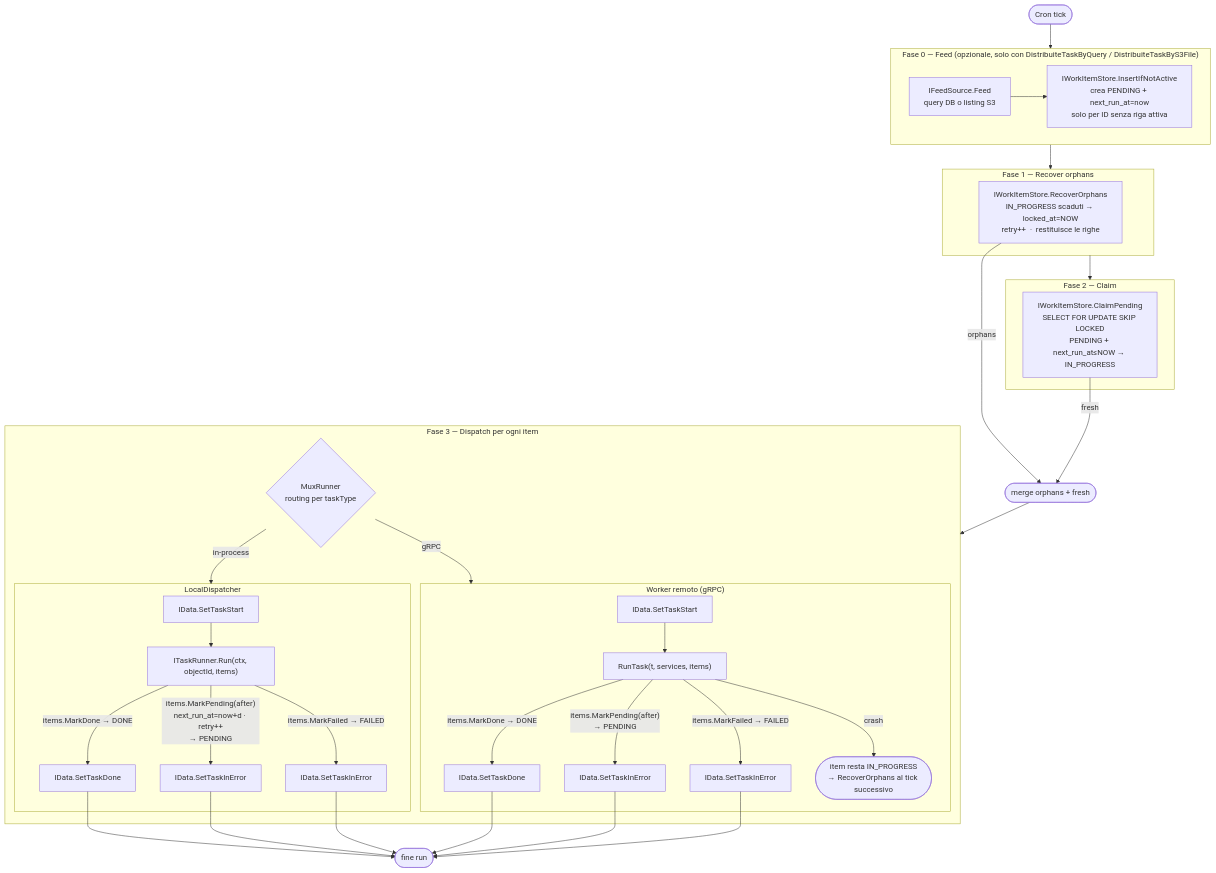
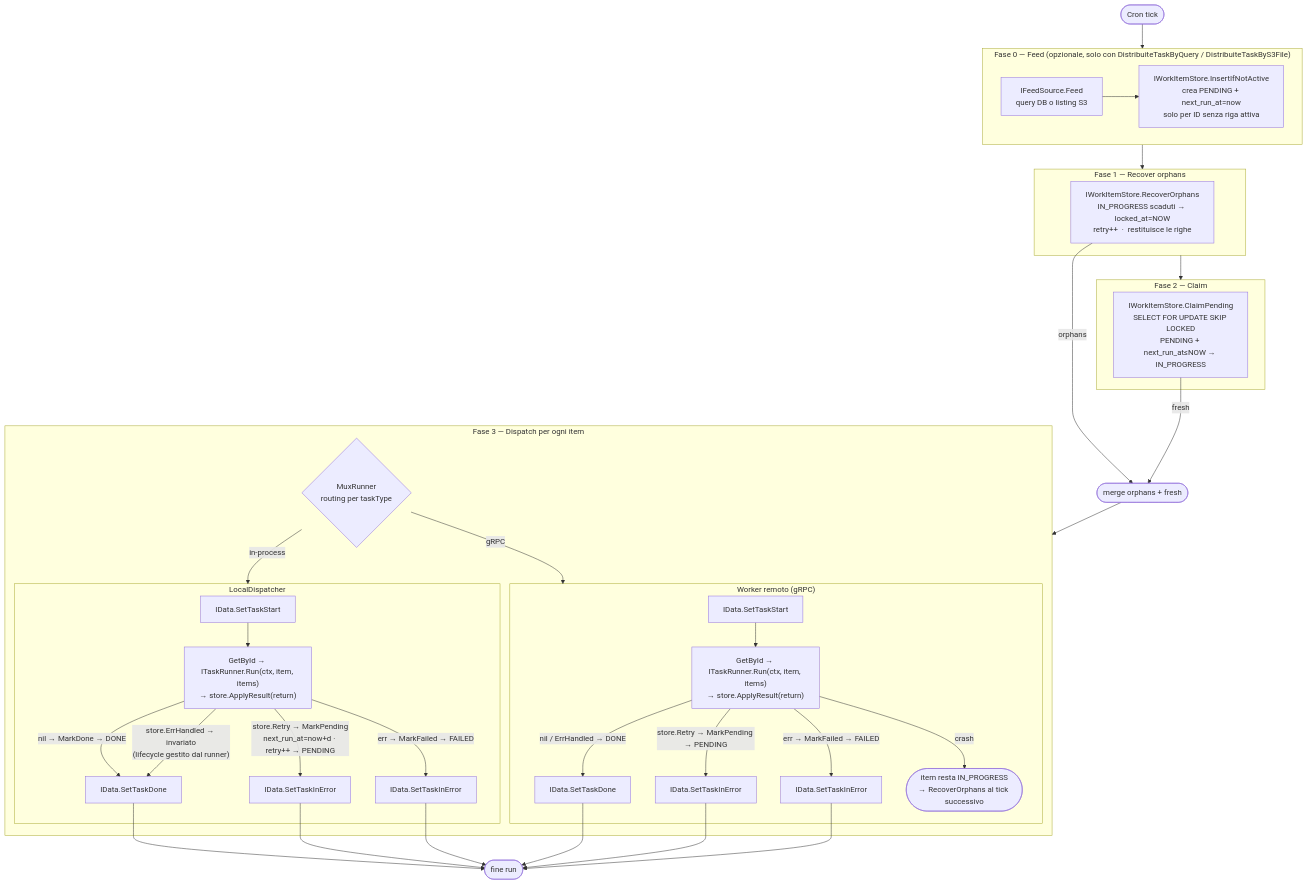
The second of 3 diagrams in README.md (GPA-Gruppo-Progetti-Avanzati-SRL/go-core-batch), drawn with Mermaid before and after one commit. The commit also changed other lines of this file and 6 other files, not shown here.

First line of the commit message:
Unify runner interface across simplejob and distributedjob with shared lifecycle convention

````diff
--- a/README.md
+++ b/README.md
@@ -11,47 +31,48 @@
 ```mermaid
 flowchart TD
     CRON([Cron tick]) --> FEED
 
     subgraph FEED["Fase 0 — Feed (opzionale, solo con DistribuiteTaskByQuery / DistribuiteTaskByS3File)"]
         QS[IFeedSource.Feed\nquery DB o listing S3] --> IINA["IWorkItemStore.InsertIfNotActive\ncrea PENDING + next_run_at=now\nsolo per ID senza riga attiva"]
     end
 
     FEED --> ORPHAN
 
     subgraph ORPHAN["Fase 1 — Recover orphans"]
         RO["IWorkItemStore.RecoverOrphans\nIN_PROGRESS scaduti → locked_at=NOW\nretry++  ·  restituisce le righe"]
     end
 
     ORPHAN --> CLAIM
 
     subgraph CLAIM["Fase 2 — Claim"]
         CP["IWorkItemStore.ClaimPending\nSELECT FOR UPDATE SKIP LOCKED\nPENDING + next_run_at≤NOW → IN_PROGRESS"]
     end
 
     RO -- orphans --> MERGE
     CP -- fresh --> MERGE
     MERGE([merge orphans + fresh]) --> DISPATCH
 
     subgraph DISPATCH["Fase 3 — Dispatch per ogni item"]
         D{MuxRunner\nrouting per taskType}
         D -- in-process --> LOCAL
         D -- gRPC --> REMOTE
 
         subgraph LOCAL["LocalDispatcher"]
-            LS[IData.SetTaskStart] --> RUN["ITaskRunner.Run(ctx, objectId, items)"]
-            RUN -- "items.MarkDone → DONE" --> LD[IData.SetTaskDone]
-            RUN -- "items.MarkPending(after)\nnext_run_at=now+d · retry++\n→ PENDING" --> LP[IData.SetTaskInError]
-            RUN -- "items.MarkFailed → FAILED" --> LE[IData.SetTaskInError]
+            LS[IData.SetTaskStart] --> RUN["GetById → ITaskRunner.Run(ctx, item, items)\n→ store.ApplyResult(return)"]
+            RUN -- "nil → MarkDone → DONE" --> LD[IData.SetTaskDone]
+            RUN -- "store.ErrHandled → invariato\n(lifecycle gestito dal runner)" --> LD
+            RUN -- "store.Retry → MarkPending\nnext_run_at=now+d · retry++ → PENDING" --> LP[IData.SetTaskInError]
+            RUN -- "err → MarkFailed → FAILED" --> LE[IData.SetTaskInError]
         end
 
         subgraph REMOTE["Worker remoto (gRPC)"]
-            WS[IData.SetTaskStart] --> WRUN["RunTask(t, services, items)"]
-            WRUN -- "items.MarkDone → DONE" --> WD[IData.SetTaskDone]
-            WRUN -- "items.MarkPending(after)\n→ PENDING" --> WP[IData.SetTaskInError]
-            WRUN -- "items.MarkFailed → FAILED" --> WE[IData.SetTaskInError]
+            WS[IData.SetTaskStart] --> WRUN["GetById → ITaskRunner.Run(ctx, item, items)\n→ store.ApplyResult(return)"]
+            WRUN -- "nil / ErrHandled → DONE" --> WD[IData.SetTaskDone]
+            WRUN -- "store.Retry → MarkPending → PENDING" --> WP[IData.SetTaskInError]
+            WRUN -- "err → MarkFailed → FAILED" --> WE[IData.SetTaskInError]
             WRUN -- crash --> ORPHANED(["item resta IN_PROGRESS\n→ RecoverOrphans al tick successivo"])
         end
     end
 
     LD & LP & LE & WD & WP & WE --> DONE([fine run])
 ```
````
